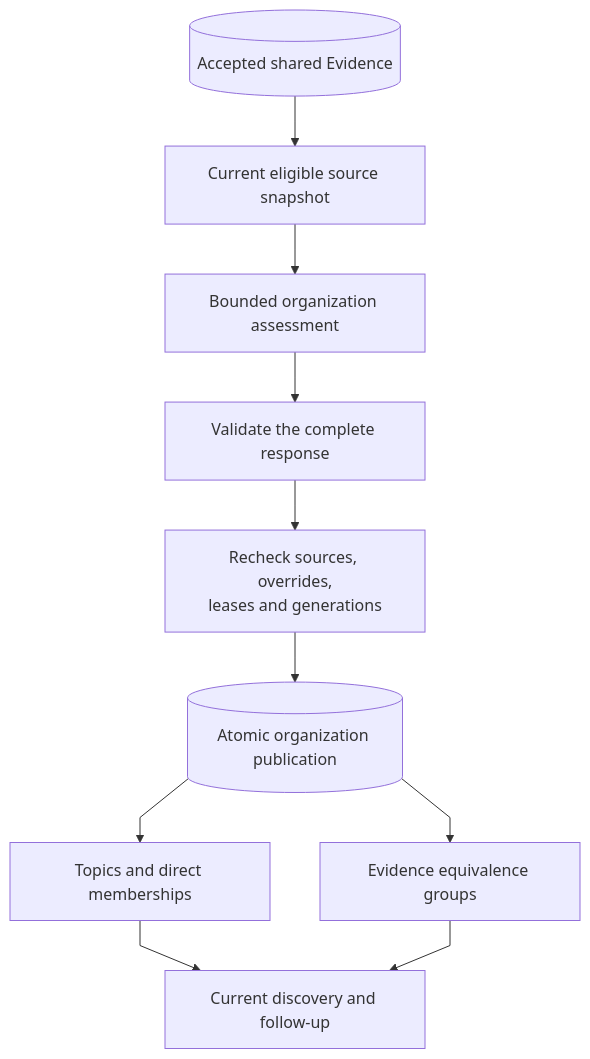
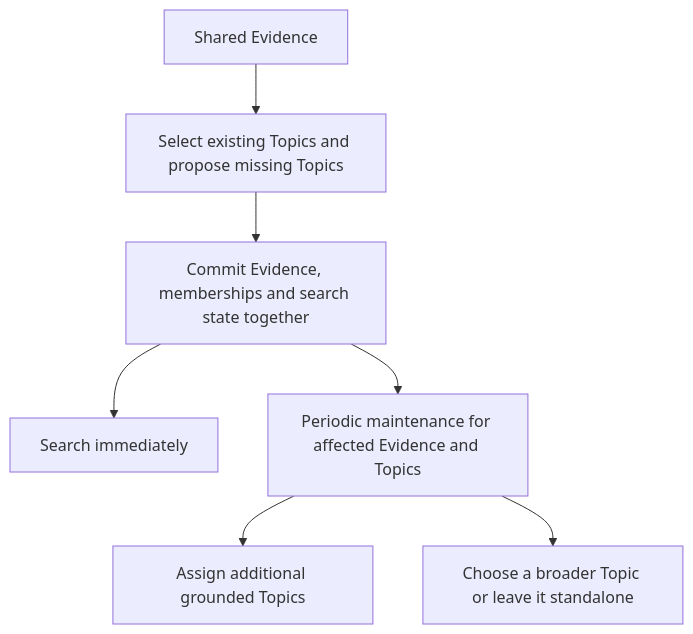
Before and after one commit to markhuangai/dense-mem: the first of 3 diagrams in _guides/Topics-And-Organization.md, drawn with Mermaid. The commit also changed other lines of this file and 29 other files, not shown here.

Commit message:
Document Topic assignment, Community placement, and Recall expansion

````diff
--- a/_guides/Topics-And-Organization.md
+++ b/_guides/Topics-And-Organization.md
@@ -14,13 +14,9 @@
 ```mermaid
-%%{init: {"flowchart": {"curve": "linear"}}}%%
 flowchart TB
-  Evidence[("Accepted shared Evidence")] --> Snapshot["Current eligible source snapshot"]
-  Snapshot --> Assess["Bounded organization assessment"]
-  Assess --> Validate["Validate the complete response"]
-  Validate --> Fence["Recheck sources, overrides,<br/>leases and generations"]
-  Fence --> Publish[("Atomic organization publication")]
-  Publish --> Topics["Topics and direct memberships"]
-  Publish --> Groups["Evidence equivalence groups"]
-  Topics --> Recall["Current discovery and follow-up"]
-  Groups --> Recall
+  Input["Shared Evidence"] --> Assess["Select existing Topics and propose missing Topics"]
+  Assess --> Publish["Commit Evidence, memberships and search state together"]
+  Publish --> Recall["Search immediately"]
+  Publish --> Maintenance["Periodic maintenance for affected Evidence and Topics"]
+  Maintenance --> Assignment["Assign additional grounded Topics"]
+  Maintenance --> Placement["Choose a broader Topic or leave it standalone"]
 ```
````
